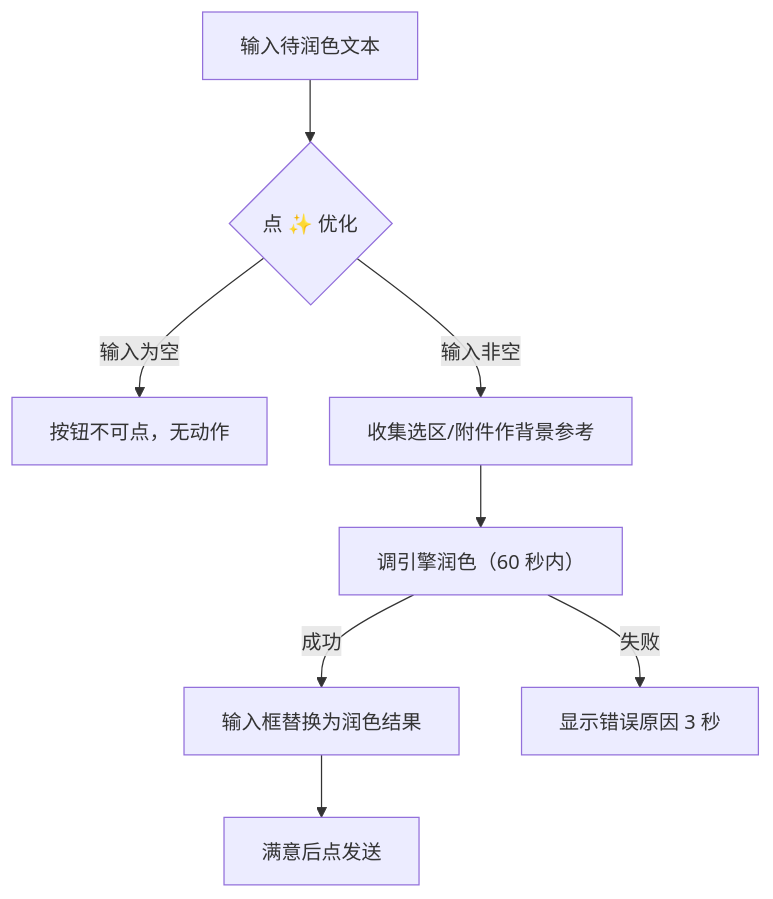
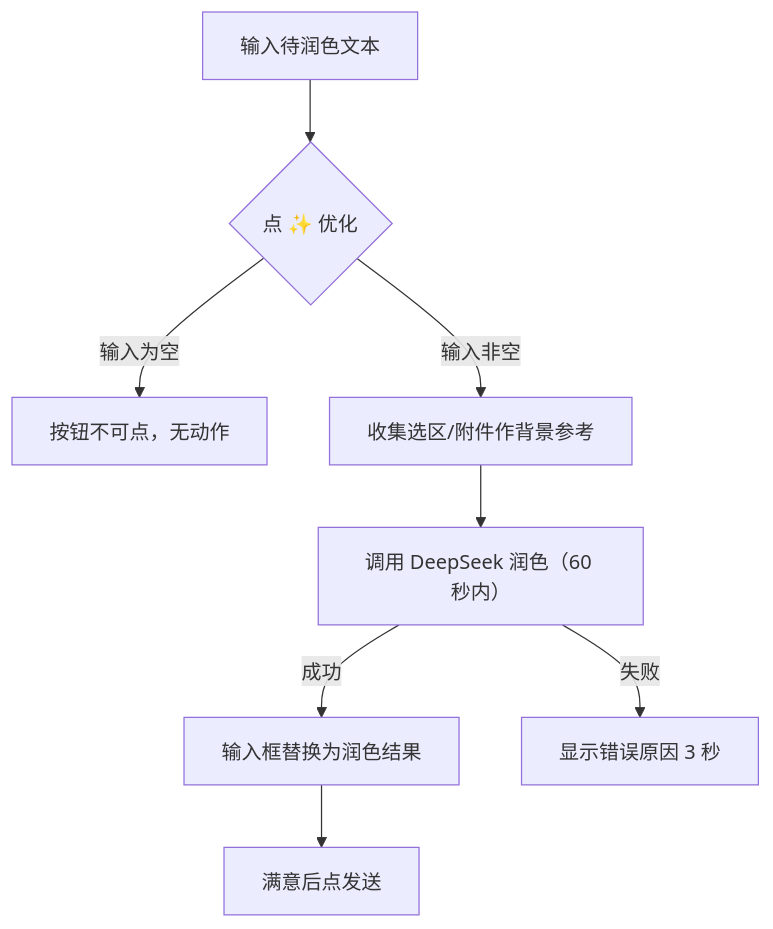
Before and after one commit to Max-Null/fractal: the second of 2 diagrams in docs/原型/输入框优化-原型文档.md, drawn with Mermaid. The commit also changed other lines of this file and 6 other files, not shown here.

First line of the commit message:
fix: 润色改直连 DeepSeek API，会话进行时也能用

````diff
--- a/docs/原型/输入框优化-原型文档.md
+++ b/docs/原型/输入框优化-原型文档.md
@@ -139,10 +139,10 @@
 ```mermaid
 flowchart TD
     A[输入待润色文本] --> B{点 ✨ 优化}
     B -->|输入为空| C[按钮不可点，无动作]
     B -->|输入非空| D[收集选区/附件作背景参考]
-    D --> E[调引擎润色（60 秒内）]
+    D --> E[调用 DeepSeek 润色（60 秒内）]
     E -->|成功| F[输入框替换为润色结果]
     E -->|失败| G[显示错误原因 3 秒]
     F --> H[满意后点发送]
 ```
````
